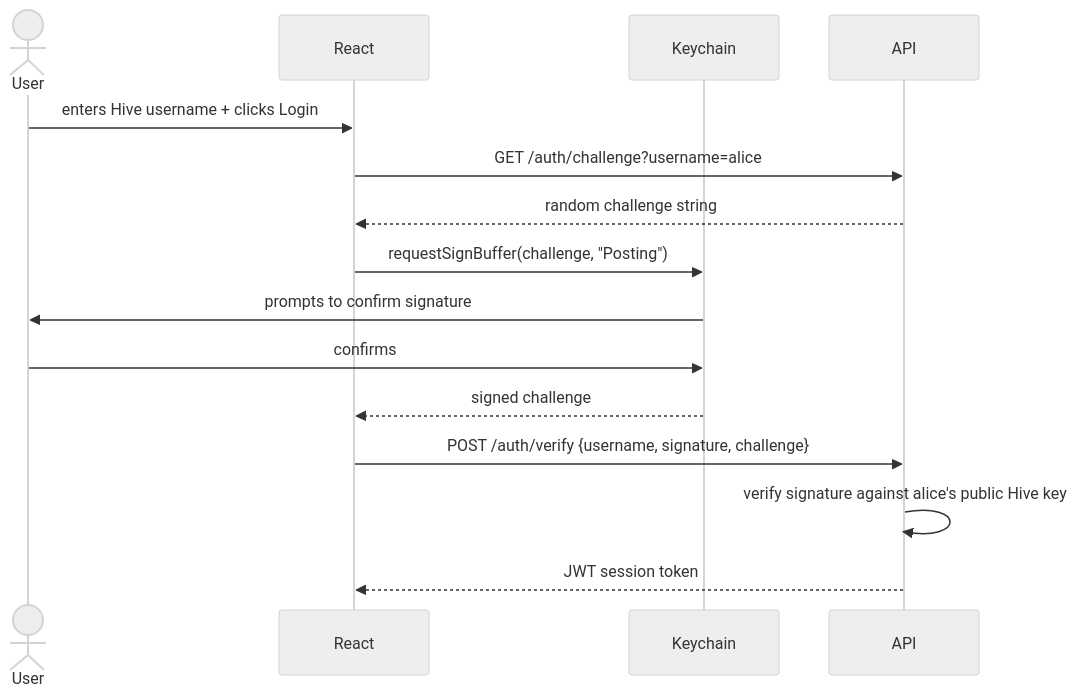
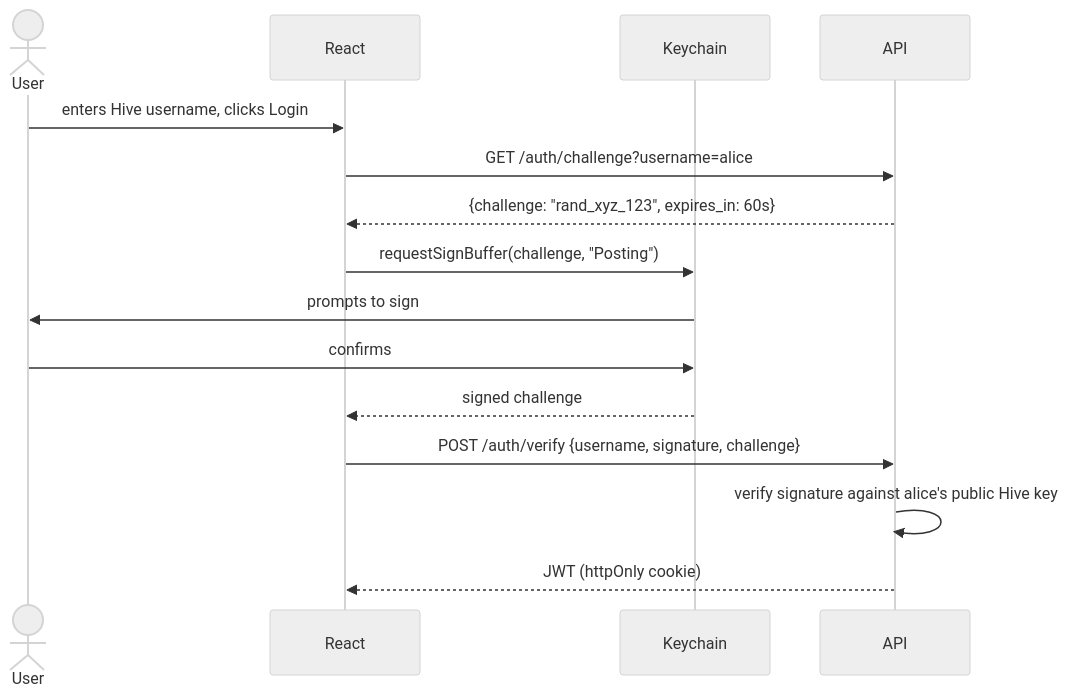
The third of 3 diagrams in Docs/[03] System_Architecture_Data_Model/[03] Architecture_and_API.md (hdev-core/hive-freelance), drawn with Mermaid before and after one commit. The commit also changed other lines of this file and 3 other files, not shown here.

````diff
--- a/Docs/[03] System_Architecture_Data_Model/[03] Architecture_and_API.md
+++ b/Docs/[03] System_Architecture_Data_Model/[03] Architecture_and_API.md
@@ -135,19 +110,19 @@
 ```mermaid
 %%{init: {'theme': 'neutral'}}%%
 sequenceDiagram
     actor User
     participant React
     participant Keychain
     participant API
 
-    User->>React: enters Hive username + clicks Login
+    User->>React: enters Hive username, clicks Login
     React->>API: GET /auth/challenge?username=alice
-    API-->>React: random challenge string
+    API-->>React: {challenge: "rand_xyz_123", expires_in: 60s}
     React->>Keychain: requestSignBuffer(challenge, "Posting")
-    Keychain->>User: prompts to confirm signature
+    Keychain->>User: prompts to sign
     User->>Keychain: confirms
     Keychain-->>React: signed challenge
     React->>API: POST /auth/verify {username, signature, challenge}
     API->>API: verify signature against alice's public Hive key
-    API-->>React: JWT session token
+    API-->>React: JWT (httpOnly cookie)
 ```
````
